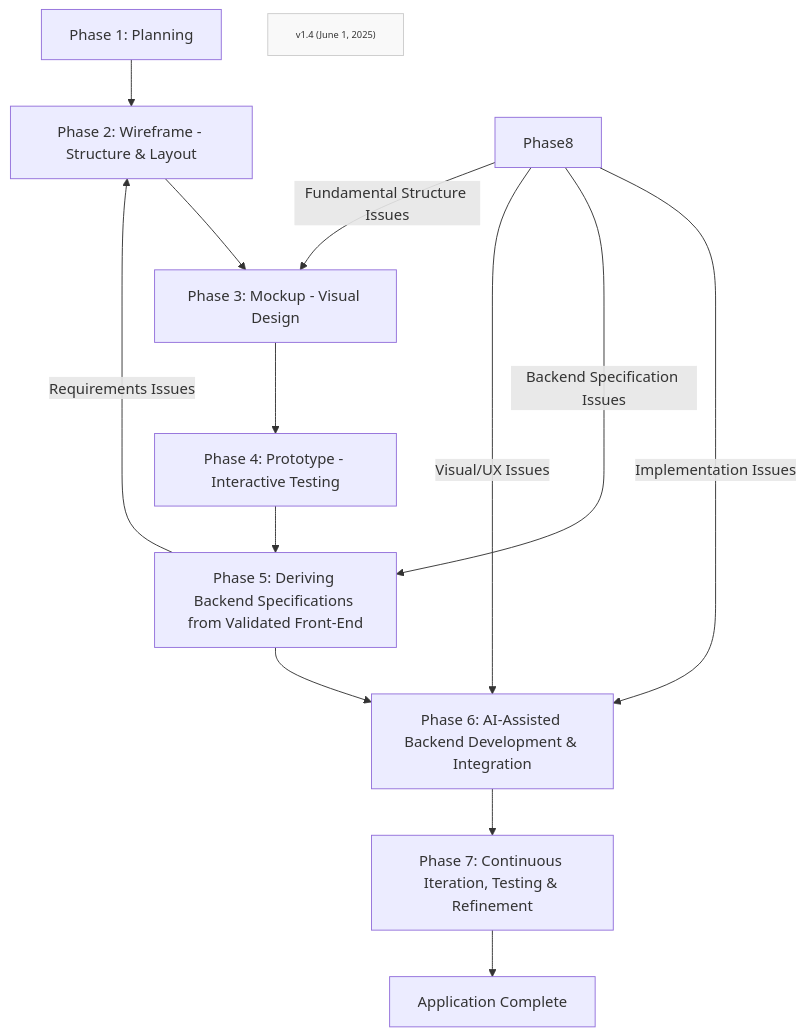
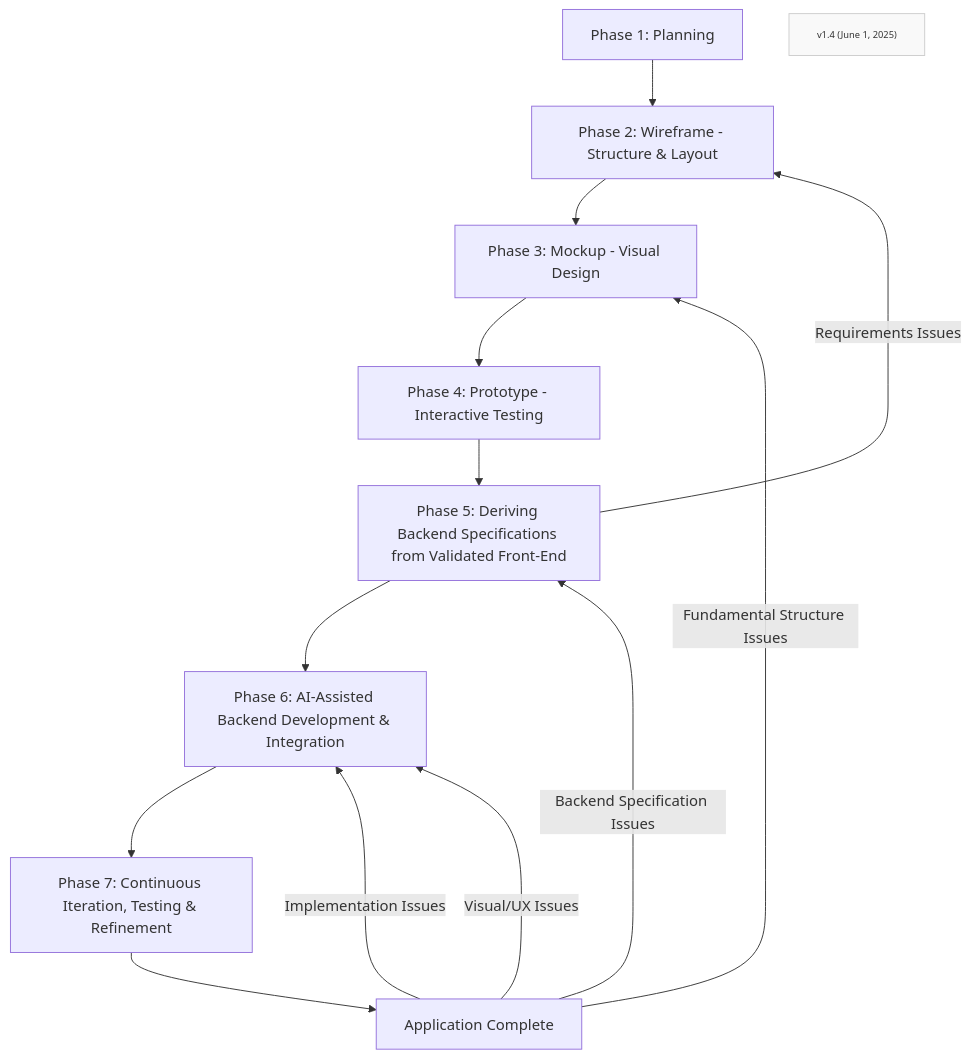
The diagram in Method/FF-overview.md (Mharbulous/Front-First-Method), drawn with Mermaid before and after one commit.

Commit message:
another correctoin

````diff
--- a/Method/FF-overview.md
+++ b/Method/FF-overview.md
@@ -1,21 +1,21 @@
 ```mermaid
 graph TD
 Phase1["Phase 1: Planning"] --> Phase2["Phase 2: Wireframe - Structure & Layout"]
     Phase2 --> Phase3["Phase 3: Mockup - Visual Design"]
     Phase3 --> Phase4["Phase 4: Prototype - Interactive Testing"]
     Phase4 --> Phase5["Phase 5: Deriving Backend Specifications from Validated Front-End"]
     Phase5 --> Phase6["Phase 6: AI-Assisted Backend Development & Integration"]
     Phase6 --> Phase7["Phase 7: Continuous Iteration, Testing & Refinement"]
-    Phase7 --> 8["Application Complete"]
+    Phase7 --> Phase8["Application Complete"]
     
     Phase8 -->|Implementation Issues| Phase6
     Phase8 -->|Backend Specification Issues| Phase5
     Phase8 -->|Visual/UX Issues| Phase6
     Phase8 -->|Fundamental Structure Issues| Phase3
 Phase5 -->|Requirements Issues| Phase2
     
     Version["v1.4 (June 1, 2025)"]
     
     classDef version fill:#f9f9f9,stroke:#ccc,font-size:10px
     class Version version
 ```
````
